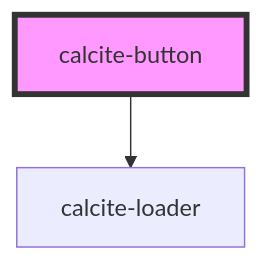
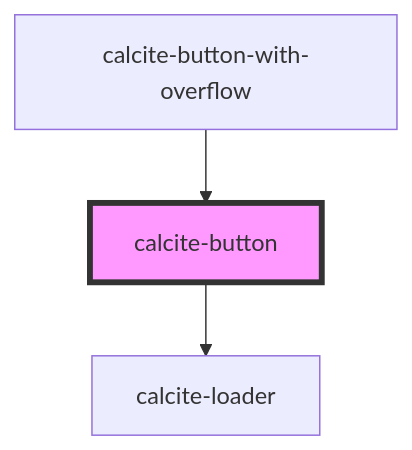
Before and after one commit to vikivakarvc/calcite-design-system: the diagram in src/components/calcite-button/readme.md, drawn with Mermaid. The commit also changed other lines of this file and 11 other files, not shown here.

````diff
--- a/src/components/calcite-button/readme.md
+++ b/src/components/calcite-button/readme.md
@@ -48,5 +52,6 @@
 ```mermaid
 graph TD;
   calcite-button --> calcite-loader
+  calcite-button-with-overflow --> calcite-button
   style calcite-button fill:#f9f,stroke:#333,stroke-width:4px
 ```
````
